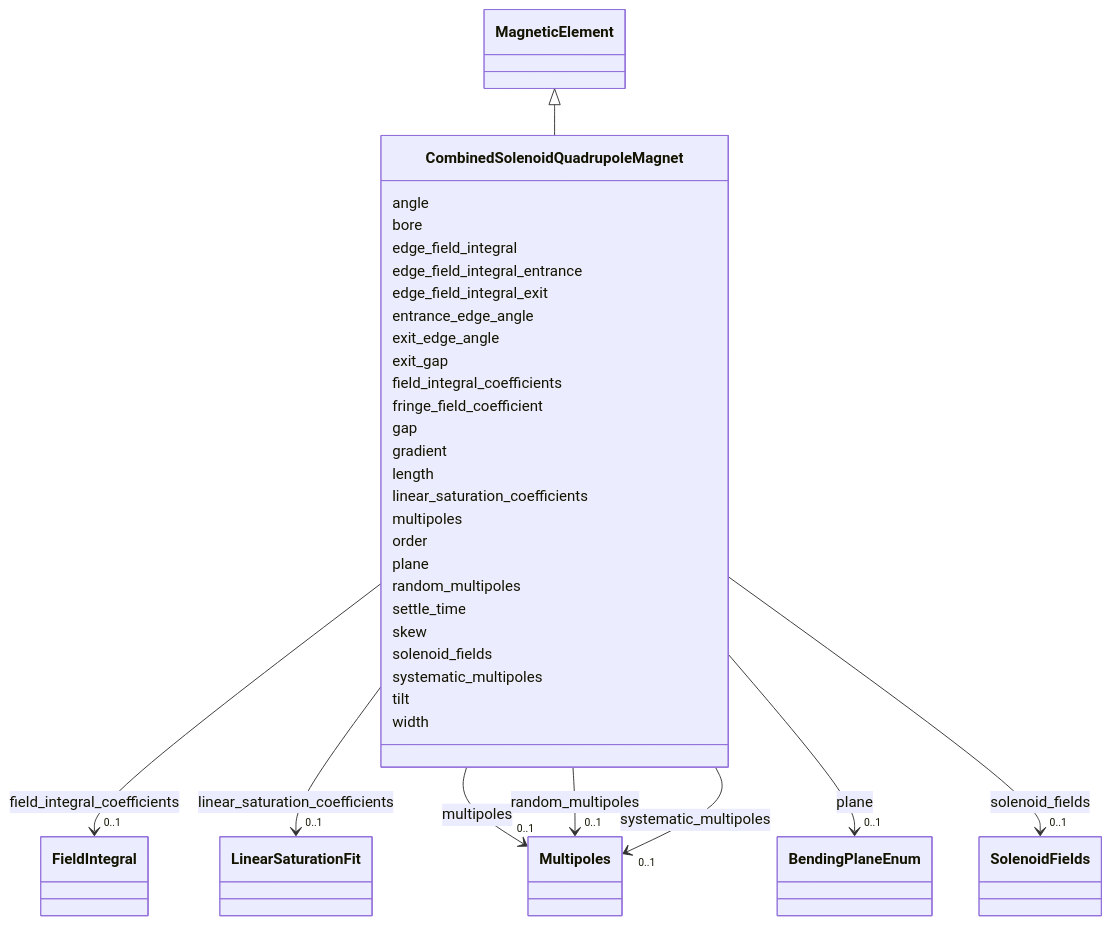
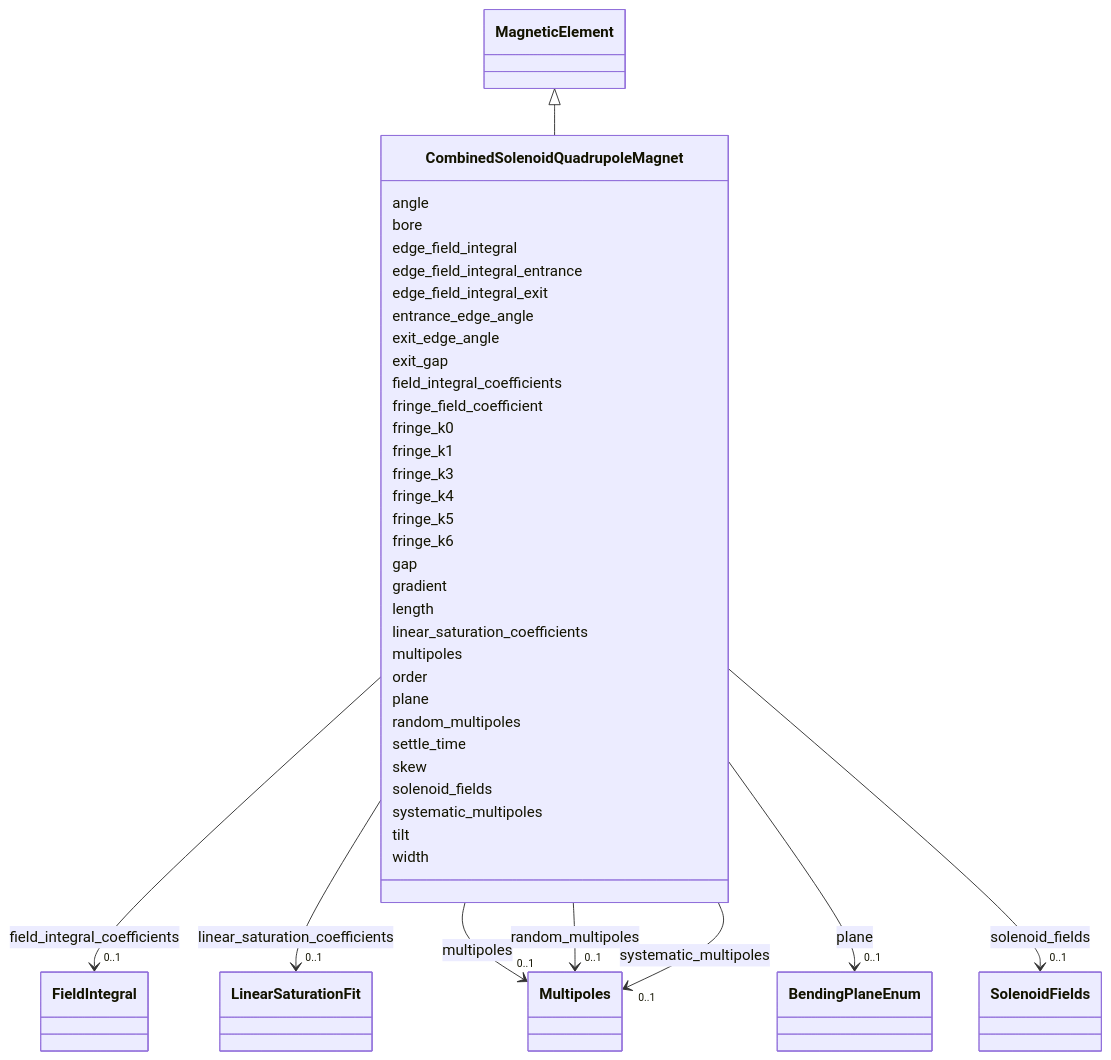
The diagram in docs/source/schema/CombinedSolenoidQuadrupoleMagnet.md (astec-stfc/laura), drawn with Mermaid before and after one commit. The commit also changed other lines of this file and 42 other files, not shown here.

```diff
--- a/docs/source/schema/CombinedSolenoidQuadrupoleMagnet.md
+++ b/docs/source/schema/CombinedSolenoidQuadrupoleMagnet.md
@@ -50,6 +50,18 @@
 
         
       CombinedSolenoidQuadrupoleMagnet : fringe_field_coefficient
+        
+      CombinedSolenoidQuadrupoleMagnet : fringe_k0
+        
+      CombinedSolenoidQuadrupoleMagnet : fringe_k1
+        
+      CombinedSolenoidQuadrupoleMagnet : fringe_k3
+        
+      CombinedSolenoidQuadrupoleMagnet : fringe_k4
+        
+      CombinedSolenoidQuadrupoleMagnet : fringe_k5
+        
+      CombinedSolenoidQuadrupoleMagnet : fringe_k6
         
       CombinedSolenoidQuadrupoleMagnet : gap
         
```
